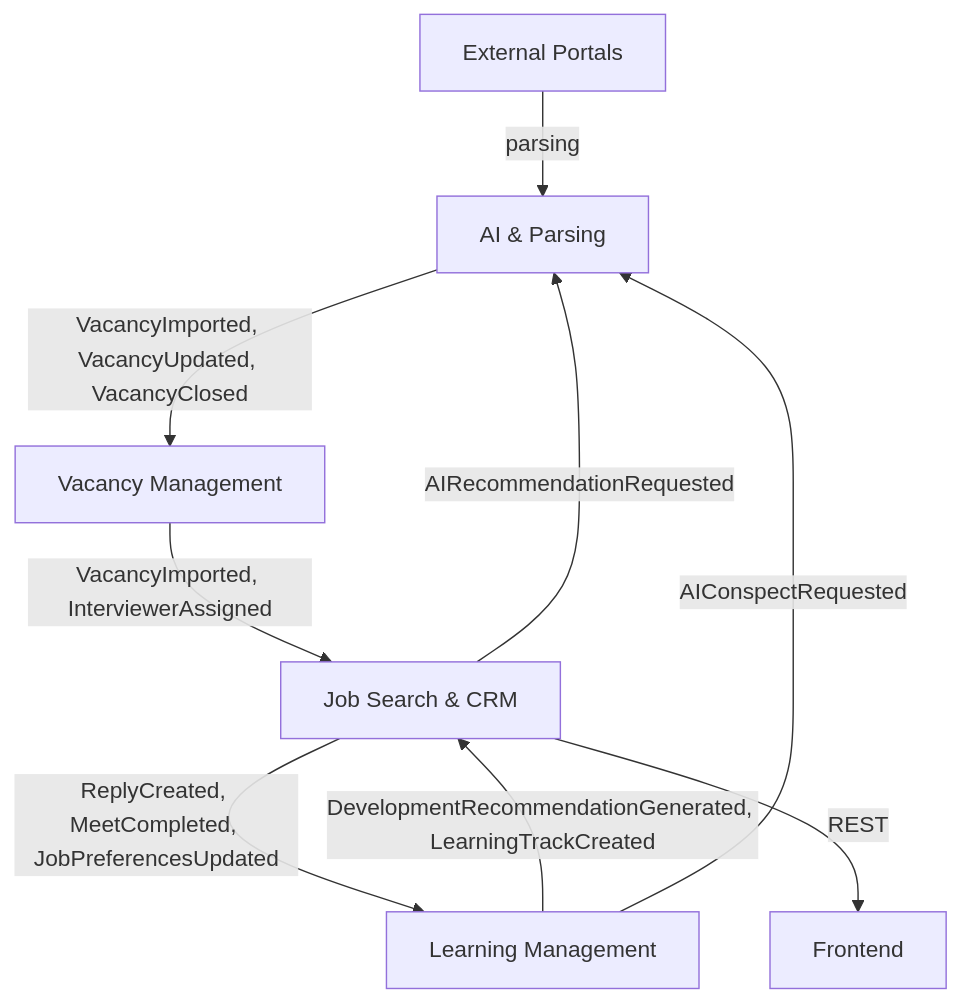
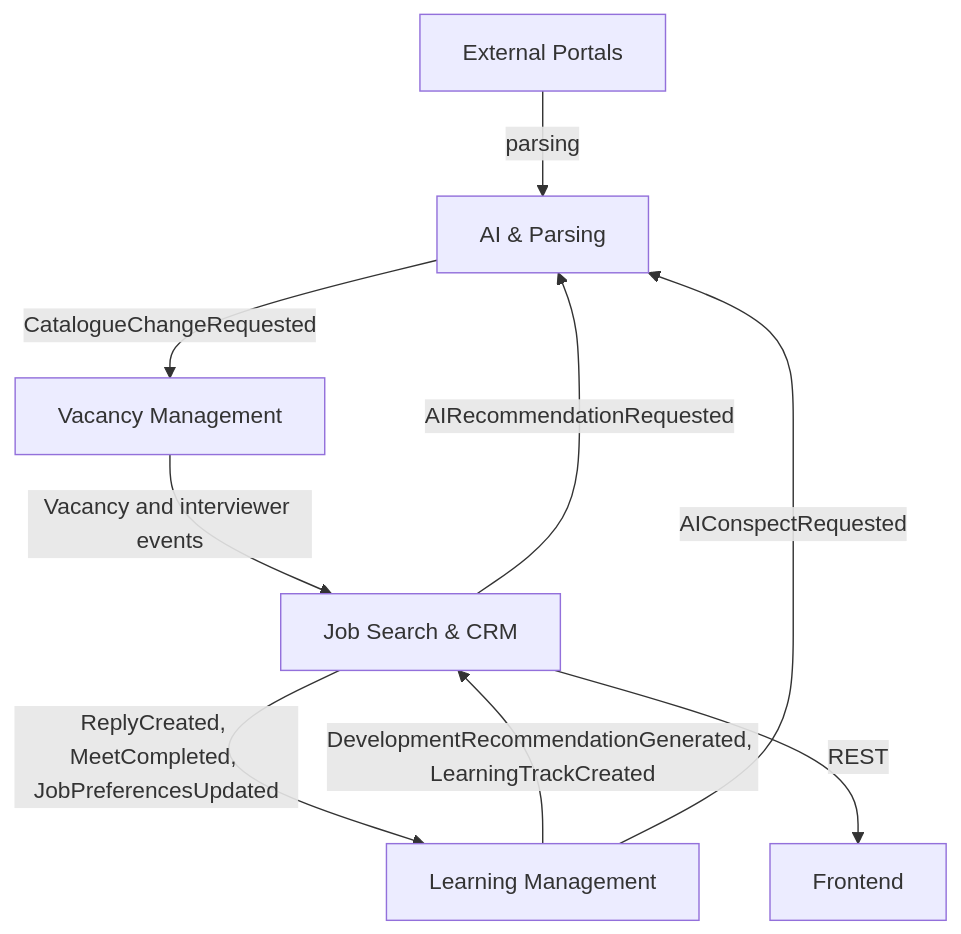
The diagram in docs/context-map.md (AIJobResearcher/docs), drawn with Mermaid before and after one commit. The commit also changed other lines of this file and 14 other files, not shown here.

````diff
--- a/docs/context-map.md
+++ b/docs/context-map.md
@@ -112,11 +115,11 @@
 ```mermaid
 graph TD
     EP[External Portals] -->|parsing| AI[AI & Parsing]
-    AI -->|VacancyImported, VacancyUpdated, VacancyClosed| VM[Vacancy Management]
-    VM -->|VacancyImported, InterviewerAssigned| CRM[Job Search & CRM]
+    AI -->|CatalogueChangeRequested| VM[Vacancy Management]
+    VM -->|Vacancy and interviewer events| CRM[Job Search & CRM]
     CRM -->|ReplyCreated, MeetCompleted, JobPreferencesUpdated| LM[Learning Management]
     LM -->|DevelopmentRecommendationGenerated, LearningTrackCreated| CRM
     CRM -->|AIRecommendationRequested| AI
     LM -->|AIConspectRequested| AI
     CRM -->|REST| FE[Frontend]
 ```
````
